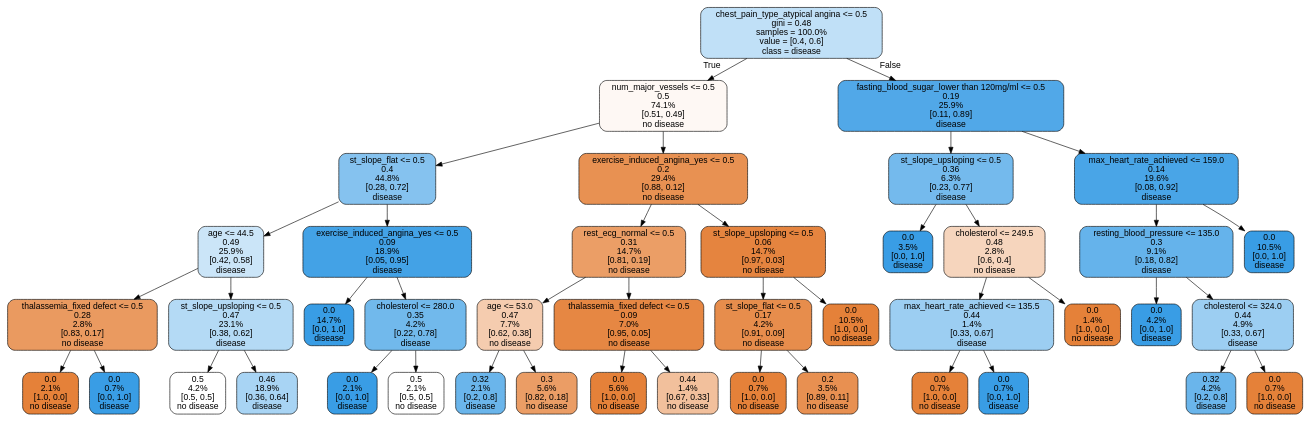
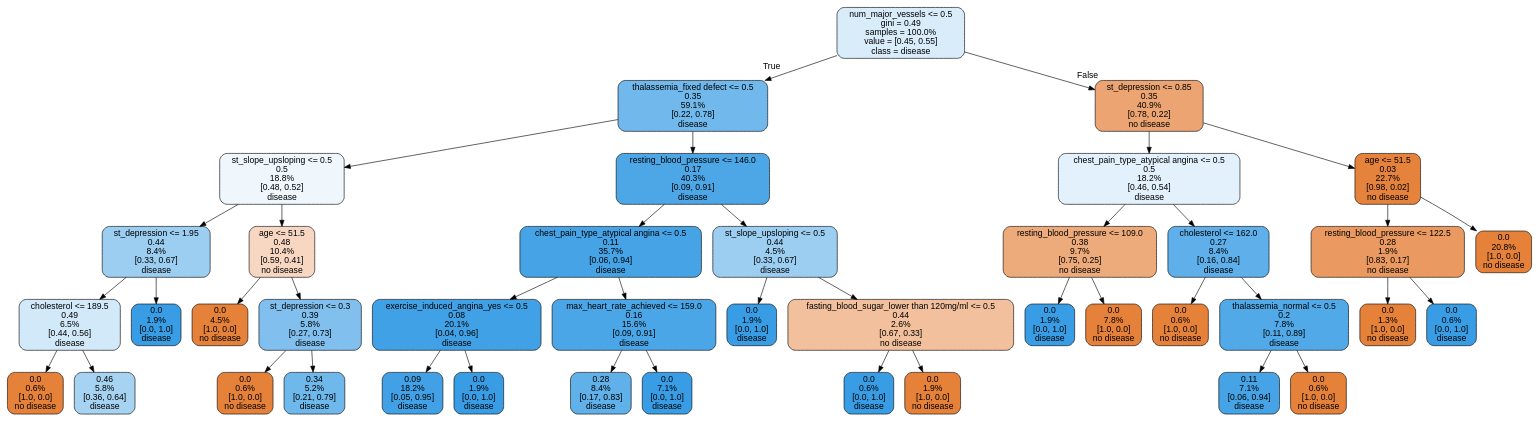
One commit to Pashisfisuta/nlp_assignments_kkb changed the diagram in NLP_assignment09/tree.dot. Above: the diagram before and after it, drawn with Graphviz. The commit also changed 1 other file, not shown here.

```diff
--- a/NLP_assignment09/tree.dot
+++ b/NLP_assignment09/tree.dot
@@ -1,89 +1,85 @@
 digraph Tree {
 node [shape=box, style="filled, rounded", color="black", fontname=helvetica] ;
 edge [fontname=helvetica] ;
-0 [label="chest_pain_type_atypical angina <= 0.5\ngini = 0.48\nsamples = 100.0%\nvalue = [0.4, 0.6]\nclass = disease", fillcolor="#399de551"] ;
-1 [label="num_major_vessels <= 0.5\n0.5\n74.1%\n[0.51, 0.49]\nno disease", fillcolor="#e581390e"] ;
+0 [label="num_major_vessels <= 0.5\ngini = 0.49\nsamples = 100.0%\nvalue = [0.45, 0.55]\nclass = disease", fillcolor="#399de531"] ;
+1 [label="thalassemia_fixed defect <= 0.5\n0.35\n59.1%\n[0.22, 0.78]\ndisease", fillcolor="#399de5b6"] ;
 0 -> 1 [labeldistance=2.5, labelangle=45, headlabel="True"] ;
-2 [label="st_slope_flat <= 0.5\n0.4\n44.8%\n[0.28, 0.72]\ndisease", fillcolor="#399de59d"] ;
+2 [label="st_slope_upsloping <= 0.5\n0.5\n18.8%\n[0.48, 0.52]\ndisease", fillcolor="#399de514"] ;
 1 -> 2 ;
-3 [label="age <= 44.5\n0.49\n25.9%\n[0.42, 0.58]\ndisease", fillcolor="#399de543"] ;
+3 [label="st_depression <= 1.95\n0.44\n8.4%\n[0.33, 0.67]\ndisease", fillcolor="#399de57f"] ;
 2 -> 3 ;
-4 [label="thalassemia_fixed defect <= 0.5\n0.28\n2.8%\n[0.83, 0.17]\nno disease", fillcolor="#e58139cc"] ;
+4 [label="cholesterol <= 189.5\n0.49\n6.5%\n[0.44, 0.56]\ndisease", fillcolor="#399de539"] ;
 3 -> 4 ;
-5 [label="0.0\n2.1%\n[1.0, 0.0]\nno disease", fillcolor="#e58139ff"] ;
+5 [label="0.0\n0.6%\n[1.0, 0.0]\nno disease", fillcolor="#e58139ff"] ;
 4 -> 5 ;
-6 [label="0.0\n0.7%\n[0.0, 1.0]\ndisease", fillcolor="#399de5ff"] ;
+6 [label="0.46\n5.8%\n[0.36, 0.64]\ndisease", fillcolor="#399de571"] ;
 4 -> 6 ;
-7 [label="st_slope_upsloping <= 0.5\n0.47\n23.1%\n[0.38, 0.62]\ndisease", fillcolor="#399de560"] ;
+7 [label="0.0\n1.9%\n[0.0, 1.0]\ndisease", fillcolor="#399de5ff"] ;
 3 -> 7 ;
-8 [label="0.5\n4.2%\n[0.5, 0.5]\nno disease", fillcolor="#e5813900"] ;
-7 -> 8 ;
-9 [label="0.46\n18.9%\n[0.36, 0.64]\ndisease", fillcolor="#399de570"] ;
-7 -> 9 ;
-10 [label="exercise_induced_angina_yes <= 0.5\n0.09\n18.9%\n[0.05, 0.95]\ndisease", fillcolor="#399de5f2"] ;
-2 -> 10 ;
-11 [label="0.0\n14.7%\n[0.0, 1.0]\ndisease", fillcolor="#399de5ff"] ;
+8 [label="age <= 51.5\n0.48\n10.4%\n[0.59, 0.41]\nno disease", fillcolor="#e5813950"] ;
+2 -> 8 ;
+9 [label="0.0\n4.5%\n[1.0, 0.0]\nno disease", fillcolor="#e58139ff"] ;
+8 -> 9 ;
+10 [label="st_depression <= 0.3\n0.39\n5.8%\n[0.27, 0.73]\ndisease", fillcolor="#399de5a2"] ;
+8 -> 10 ;
+11 [label="0.0\n0.6%\n[1.0, 0.0]\nno disease", fillcolor="#e58139ff"] ;
 10 -> 11 ;
-12 [label="cholesterol <= 280.0\n0.35\n4.2%\n[0.22, 0.78]\ndisease", fillcolor="#399de5b6"] ;
+12 [label="0.34\n5.2%\n[0.21, 0.79]\ndisease", fillcolor="#399de5b9"] ;
 10 -> 12 ;
-13 [label="0.0\n2.1%\n[0.0, 1.0]\ndisease", fillcolor="#399de5ff"] ;
-12 -> 13 ;
-14 [label="0.5\n2.1%\n[0.5, 0.5]\nno disease", fillcolor="#e5813900"] ;
-12 -> 14 ;
-15 [label="exercise_induced_angina_yes <= 0.5\n0.2\n29.4%\n[0.88, 0.12]\nno disease", fillcolor="#e58139de"] ;
-1 -> 15 ;
-16 [label="rest_ecg_normal <= 0.5\n0.31\n14.7%\n[0.81, 0.19]\nno disease", fillcolor="#e58139c4"] ;
+13 [label="resting_blood_pressure <= 146.0\n0.17\n40.3%\n[0.09, 0.91]\ndisease", fillcolor="#399de5e5"] ;
+1 -> 13 ;
+14 [label="chest_pain_type_atypical angina <= 0.5\n0.11\n35.7%\n[0.06, 0.94]\ndisease", fillcolor="#399de5ef"] ;
+13 -> 14 ;
+15 [label="exercise_induced_angina_yes <= 0.5\n0.08\n20.1%\n[0.04, 0.96]\ndisease", fillcolor="#399de5f4"] ;
+14 -> 15 ;
+16 [label="0.09\n18.2%\n[0.05, 0.95]\ndisease", fillcolor="#399de5f3"] ;
 15 -> 16 ;
-17 [label="age <= 53.0\n0.47\n7.7%\n[0.62, 0.38]\nno disease", fillcolor="#e5813966"] ;
-16 -> 17 ;
-18 [label="0.32\n2.1%\n[0.2, 0.8]\ndisease", fillcolor="#399de5bf"] ;
-17 -> 18 ;
-19 [label="0.3\n5.6%\n[0.82, 0.18]\nno disease", fillcolor="#e58139c6"] ;
-17 -> 19 ;
-20 [label="thalassemia_fixed defect <= 0.5\n0.09\n7.0%\n[0.95, 0.05]\nno disease", fillcolor="#e58139f2"] ;
-16 -> 20 ;
-21 [label="0.0\n5.6%\n[1.0, 0.0]\nno disease", fillcolor="#e58139ff"] ;
-20 -> 21 ;
-22 [label="0.44\n1.4%\n[0.67, 0.33]\nno disease", fillcolor="#e581397f"] ;
-20 -> 22 ;
-23 [label="st_slope_upsloping <= 0.5\n0.06\n14.7%\n[0.97, 0.03]\nno disease", fillcolor="#e58139f7"] ;
-15 -> 23 ;
-24 [label="st_slope_flat <= 0.5\n0.17\n4.2%\n[0.91, 0.09]\nno disease", fillcolor="#e58139e6"] ;
+17 [label="0.0\n1.9%\n[0.0, 1.0]\ndisease", fillcolor="#399de5ff"] ;
+15 -> 17 ;
+18 [label="max_heart_rate_achieved <= 159.0\n0.16\n15.6%\n[0.09, 0.91]\ndisease", fillcolor="#399de5e7"] ;
+14 -> 18 ;
+19 [label="0.28\n8.4%\n[0.17, 0.83]\ndisease", fillcolor="#399de5cc"] ;
+18 -> 19 ;
+20 [label="0.0\n7.1%\n[0.0, 1.0]\ndisease", fillcolor="#399de5ff"] ;
+18 -> 20 ;
+21 [label="st_slope_upsloping <= 0.5\n0.44\n4.5%\n[0.33, 0.67]\ndisease", fillcolor="#399de57f"] ;
+13 -> 21 ;
+22 [label="0.0\n1.9%\n[0.0, 1.0]\ndisease", fillcolor="#399de5ff"] ;
+21 -> 22 ;
+23 [label="fasting_blood_sugar_lower than 120mg/ml <= 0.5\n0.44\n2.6%\n[0.67, 0.33]\nno disease", fillcolor="#e581397f"] ;
+21 -> 23 ;
+24 [label="0.0\n0.6%\n[0.0, 1.0]\ndisease", fillcolor="#399de5ff"] ;
 23 -> 24 ;
-25 [label="0.0\n0.7%\n[1.0, 0.0]\nno disease", fillcolor="#e58139ff"] ;
-24 -> 25 ;
-26 [label="0.2\n3.5%\n[0.89, 0.11]\nno disease", fillcolor="#e58139df"] ;
-24 -> 26 ;
-27 [label="0.0\n10.5%\n[1.0, 0.0]\nno disease", fillcolor="#e58139ff"] ;
-23 -> 27 ;
-28 [label="fasting_blood_sugar_lower than 120mg/ml <= 0.5\n0.19\n25.9%\n[0.11, 0.89]\ndisease", fillcolor="#399de5e0"] ;
-0 -> 28 [labeldistance=2.5, labelangle=-45, headlabel="False"] ;
-29 [label="st_slope_upsloping <= 0.5\n0.36\n6.3%\n[0.23, 0.77]\ndisease", fillcolor="#399de5b3"] ;
+25 [label="0.0\n1.9%\n[1.0, 0.0]\nno disease", fillcolor="#e58139ff"] ;
+23 -> 25 ;
+26 [label="st_depression <= 0.85\n0.35\n40.9%\n[0.78, 0.22]\nno disease", fillcolor="#e58139b5"] ;
+0 -> 26 [labeldistance=2.5, labelangle=-45, headlabel="False"] ;
+27 [label="chest_pain_type_atypical angina <= 0.5\n0.5\n18.2%\n[0.46, 0.54]\ndisease", fillcolor="#399de524"] ;
+26 -> 27 ;
+28 [label="resting_blood_pressure <= 109.0\n0.38\n9.7%\n[0.75, 0.25]\nno disease", fillcolor="#e58139aa"] ;
+27 -> 28 ;
+29 [label="0.0\n1.9%\n[0.0, 1.0]\ndisease", fillcolor="#399de5ff"] ;
 28 -> 29 ;
-30 [label="0.0\n3.5%\n[0.0, 1.0]\ndisease", fillcolor="#399de5ff"] ;
-29 -> 30 ;
-31 [label="cholesterol <= 249.5\n0.48\n2.8%\n[0.6, 0.4]\nno disease", fillcolor="#e5813955"] ;
-29 -> 31 ;
-32 [label="max_heart_rate_achieved <= 135.5\n0.44\n1.4%\n[0.33, 0.67]\ndisease", fillcolor="#399de57f"] ;
+30 [label="0.0\n7.8%\n[1.0, 0.0]\nno disease", fillcolor="#e58139ff"] ;
+28 -> 30 ;
+31 [label="cholesterol <= 162.0\n0.27\n8.4%\n[0.16, 0.84]\ndisease", fillcolor="#399de5cf"] ;
+27 -> 31 ;
+32 [label="0.0\n0.6%\n[1.0, 0.0]\nno disease", fillcolor="#e58139ff"] ;
 31 -> 32 ;
-33 [label="0.0\n0.7%\n[1.0, 0.0]\nno disease", fillcolor="#e58139ff"] ;
-32 -> 33 ;
-34 [label="0.0\n0.7%\n[0.0, 1.0]\ndisease", fillcolor="#399de5ff"] ;
-32 -> 34 ;
-35 [label="0.0\n1.4%\n[1.0, 0.0]\nno disease", fillcolor="#e58139ff"] ;
-31 -> 35 ;
-36 [label="max_heart_rate_achieved <= 159.0\n0.14\n19.6%\n[0.08, 0.92]\ndisease", fillcolor="#399de5ea"] ;
-28 -> 36 ;
-37 [label="resting_blood_pressure <= 135.0\n0.3\n9.1%\n[0.18, 0.82]\ndisease", fillcolor="#399de5c6"] ;
+33 [label="thalassemia_normal <= 0.5\n0.2\n7.8%\n[0.11, 0.89]\ndisease", fillcolor="#399de5df"] ;
+31 -> 33 ;
+34 [label="0.11\n7.1%\n[0.06, 0.94]\ndisease", fillcolor="#399de5ef"] ;
+33 -> 34 ;
+35 [label="0.0\n0.6%\n[1.0, 0.0]\nno disease", fillcolor="#e58139ff"] ;
+33 -> 35 ;
+36 [label="age <= 51.5\n0.03\n22.7%\n[0.98, 0.02]\nno disease", fillcolor="#e58139fb"] ;
+26 -> 36 ;
+37 [label="resting_blood_pressure <= 122.5\n0.28\n1.9%\n[0.83, 0.17]\nno disease", fillcolor="#e58139cc"] ;
 36 -> 37 ;
-38 [label="0.0\n4.2%\n[0.0, 1.0]\ndisease", fillcolor="#399de5ff"] ;
+38 [label="0.0\n1.3%\n[1.0, 0.0]\nno disease", fillcolor="#e58139ff"] ;
 37 -> 38 ;
-39 [label="cholesterol <= 324.0\n0.44\n4.9%\n[0.33, 0.67]\ndisease", fillcolor="#399de57f"] ;
+39 [label="0.0\n0.6%\n[0.0, 1.0]\ndisease", fillcolor="#399de5ff"] ;
 37 -> 39 ;
-40 [label="0.32\n4.2%\n[0.2, 0.8]\ndisease", fillcolor="#399de5bf"] ;
-39 -> 40 ;
-41 [label="0.0\n0.7%\n[1.0, 0.0]\nno disease", fillcolor="#e58139ff"] ;
-39 -> 41 ;
-42 [label="0.0\n10.5%\n[0.0, 1.0]\ndisease", fillcolor="#399de5ff"] ;
-36 -> 42 ;
+40 [label="0.0\n20.8%\n[1.0, 0.0]\nno disease", fillcolor="#e58139ff"] ;
+36 -> 40 ;
 }
```
